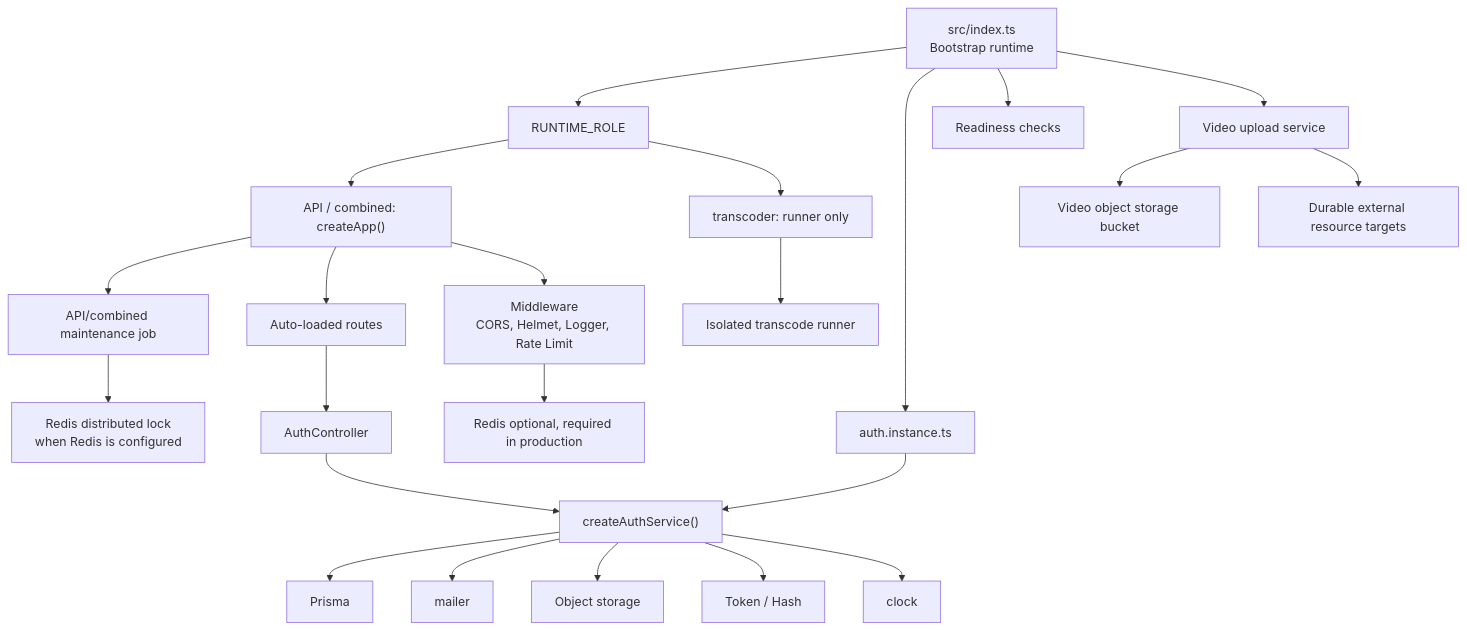
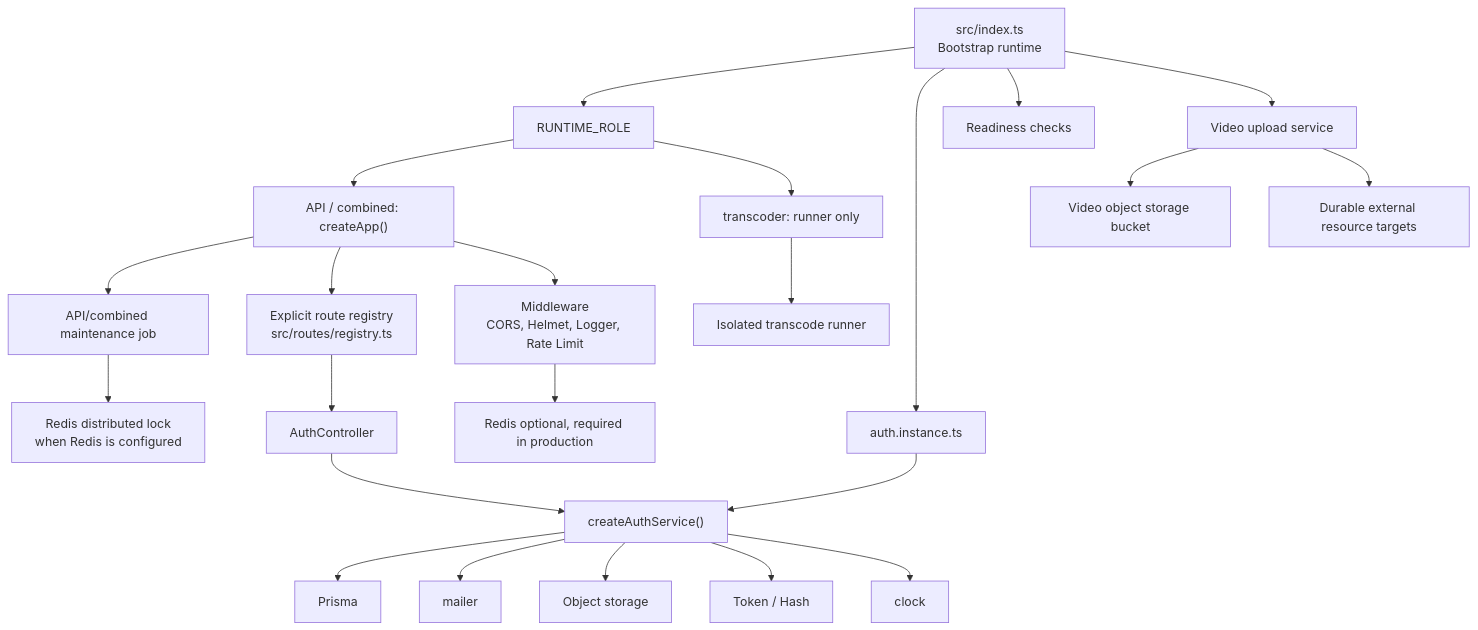
The first of 8 diagrams in docs/ARCHITECTURE.md (FairPlayTeam/ts-backend), drawn with Mermaid before and after one commit. The commit also changed other lines of this file and 46 other files, not shown here.

````diff
--- a/docs/ARCHITECTURE.md
+++ b/docs/ARCHITECTURE.md
@@ -9,28 +9,28 @@
 ```mermaid
 flowchart TD
 index["src/index.ts<br/>Bootstrap runtime"] --> role["RUNTIME_ROLE"]
 role --> app["API / combined: createApp()"]
 role --> worker["transcoder: runner only"]
 index --> authInstance["auth.instance.ts"]
 app --> cleanup["API/combined maintenance job"]
 index --> readiness["Readiness checks"]
 worker --> transcodeRunner["Isolated transcode runner"]
 
 authInstance --> authService["createAuthService()"]
 authService --> prisma["Prisma"]
 authService --> mailer["mailer"]
 authService --> objectStorage["Object storage"]
 authService --> crypto["Token / Hash"]
 authService --> clock["clock"]
 
-app --> routes["Auto-loaded routes"]
+app --> routes["Explicit route registry<br/>src/routes/registry.ts"]
 routes --> controller["AuthController"]
 controller --> authService
 
 app --> middleware["Middleware<br/>CORS, Helmet, Logger, Rate Limit"]
 middleware --> redis["Redis optional, required in production"]
 cleanup --> redisLock["Redis distributed lock<br/>when Redis is configured"]
 index --> videoService["Video upload service"]
 videoService --> videoStorage["Video object storage bucket"]
 videoService --> externalTargets["Durable external resource targets"]
 ```
````
